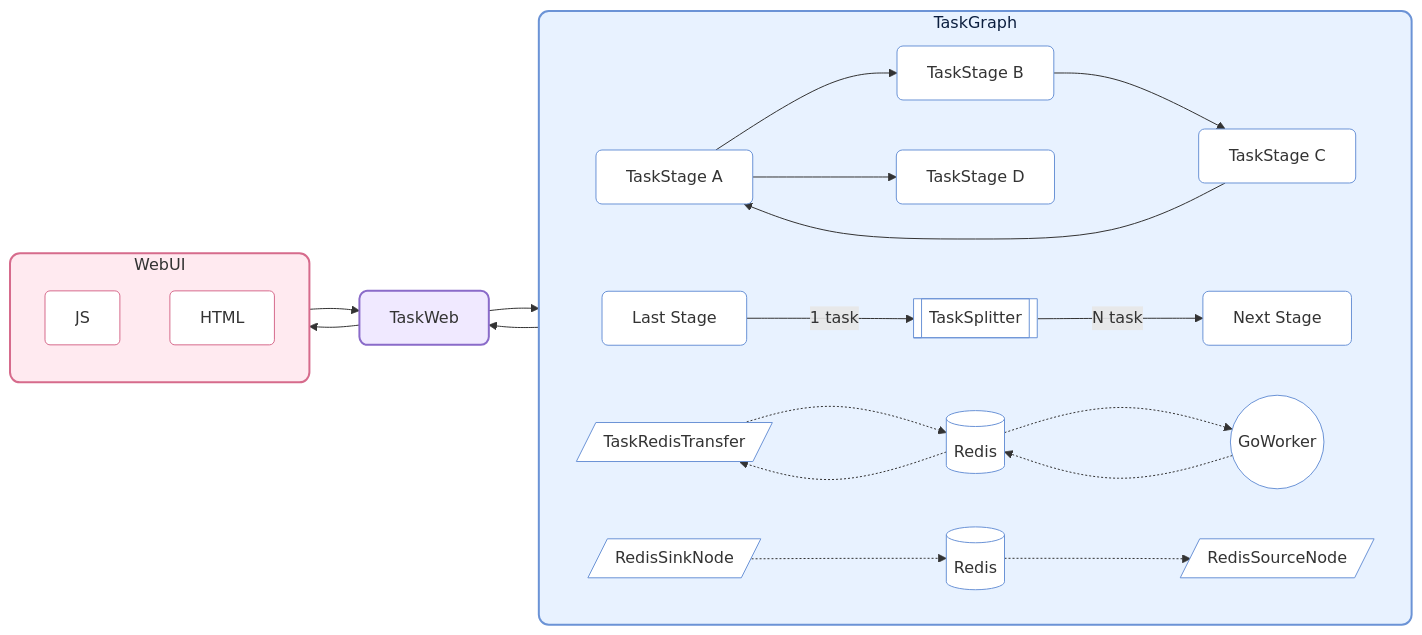
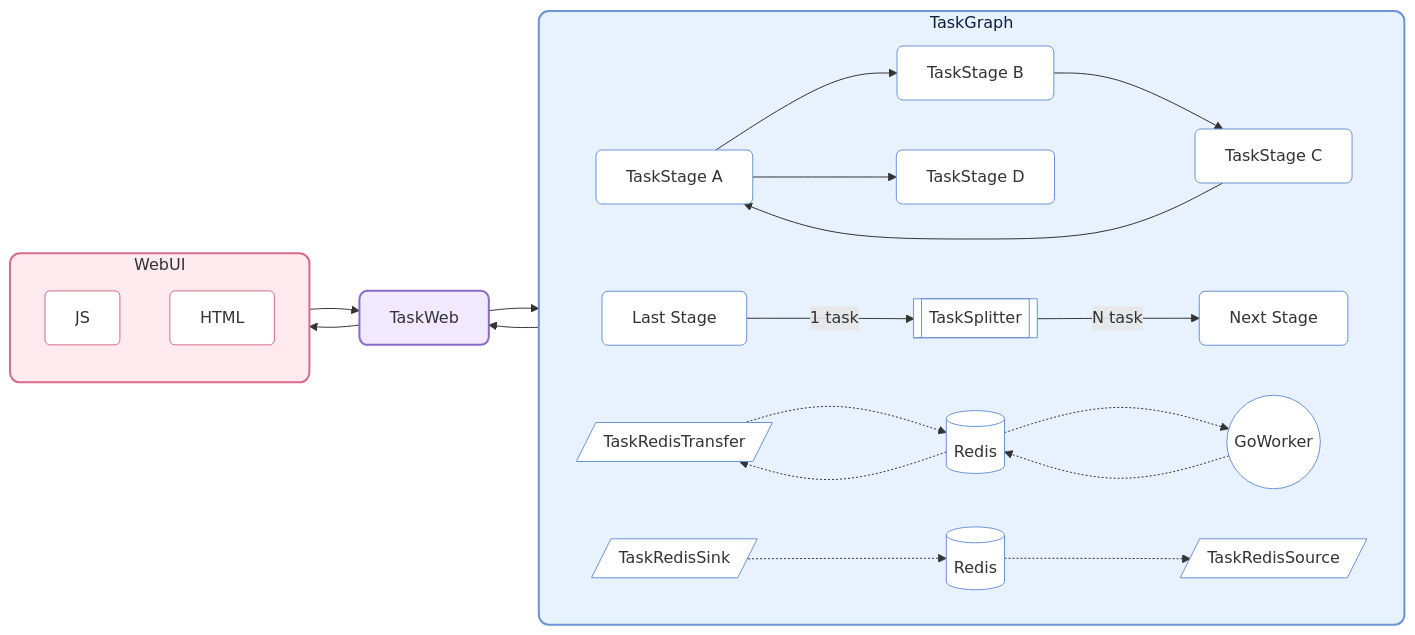
The first of 2 diagrams in README.md (Mr-xiaotian/CelestialFlow), drawn with Mermaid before and after one commit. The commit also changed 7 other files, not shown here.

Commit message:
[Refactor] delate TaskRedisTransfer, and add TaskRedisAck. rename some class

````diff
--- a/README.md
+++ b/README.md
@@ -39,73 +39,73 @@
 ```mermaid
 flowchart LR
 
     %% ===== TaskGraph =====
     subgraph TG[TaskGraph]
         direction LR
 
         S1[TaskStage A]
         S2[TaskStage B]
         S3[TaskStage C]
         S4[TaskStage D]
 
         T1[Last Stage]
         T2[Next Stage]
 
         TS[[TaskSplitter]]
         TR[/TaskRedisTransfer/]
-        TRSI[/RedisSinkNode/]
-        TRSO[/RedisSourceNode/]
+        TRSI[/TaskRedisSink/]
+        TRSO[/TaskRedisSource/]
 
         RE1[(Redis)]
         RE2[(Redis)]
         G1((GoWorker))
 
         S1 --> S2 --> S3 --> S1
         S1 --> S4
 
         T1 -->|1 task| TS
         TS -->|N task| T2
 
         TR -.->RE1 -.-> G1
         G1 -.->RE1 -.-> TR
 
         TRSI -.-> RE2 -.->  TRSO
 
     end
 
     %% 美化 TaskGraph 外框
     style TG fill:#e8f2ff,stroke:#6b93d6,stroke-width:2px,color:#0b1e3f,rx:10px,ry:10px
 
     %% 统一美化格式
     classDef blueNode fill:#ffffff,stroke:#6b93d6,rx:6px,ry:6px;
 
     %% 美化 TaskStages
     class S1,S2,S3,S4 blueNode;
     class T1,T2 blueNode;
 
     %% 美化 特殊Stage
     class TS,TR,TRSI,TRSO blueNode;
 
     %% 美化 外部结构
     class RE1,RE2,G1 blueNode;
 
     %% ===== WebUI =====
     subgraph W[WebUI]
         JS
         HTML
     end
 
     style W fill:#ffeaf0,stroke:#d66b8c,stroke-width:2px,rx:10px,ry:10px
     style JS fill:#ffffff,stroke:#d66b8c,rx:5px,ry:5px
     style HTML fill:#ffffff,stroke:#d66b8c,rx:5px,ry:5px
 
     R[TaskWeb]
     style R fill:#f0e9ff,stroke:#8a6bc9,stroke-width:2px,rx:8px,ry:8px
 
     %% ===== Links =====
     TG --> R 
     R --> TG 
     R --> W
     W --> R
 
 ```
````
